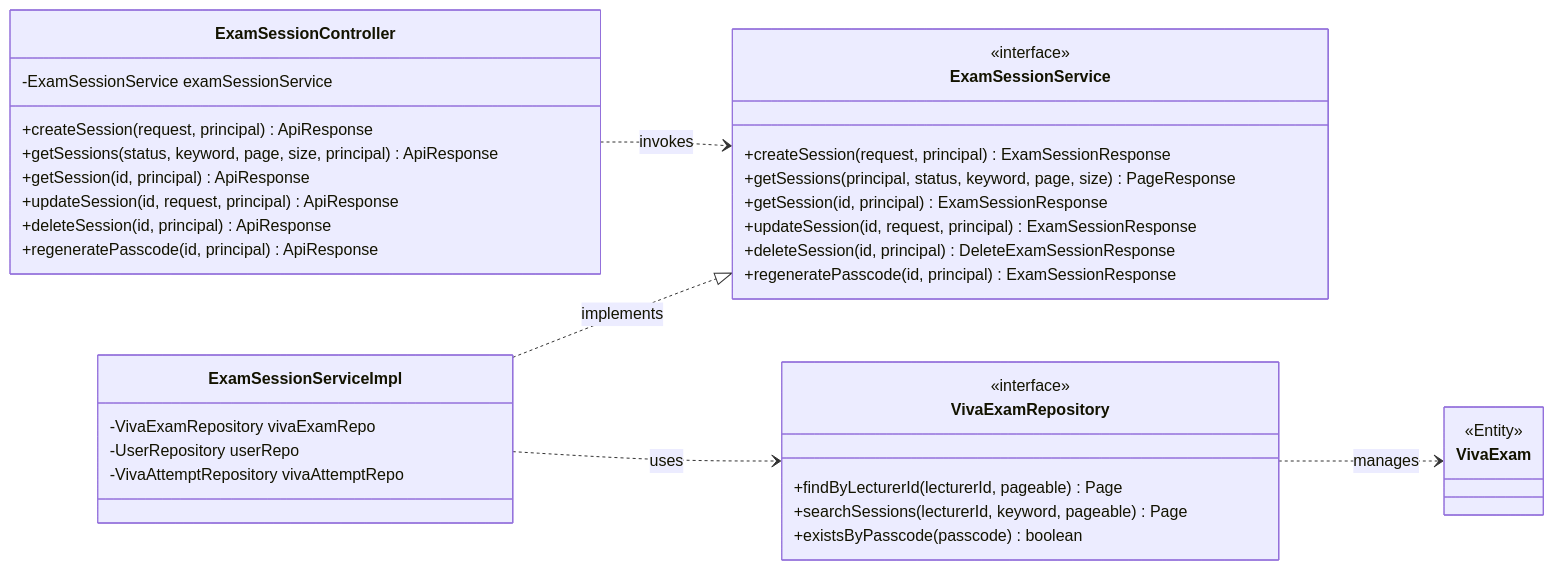
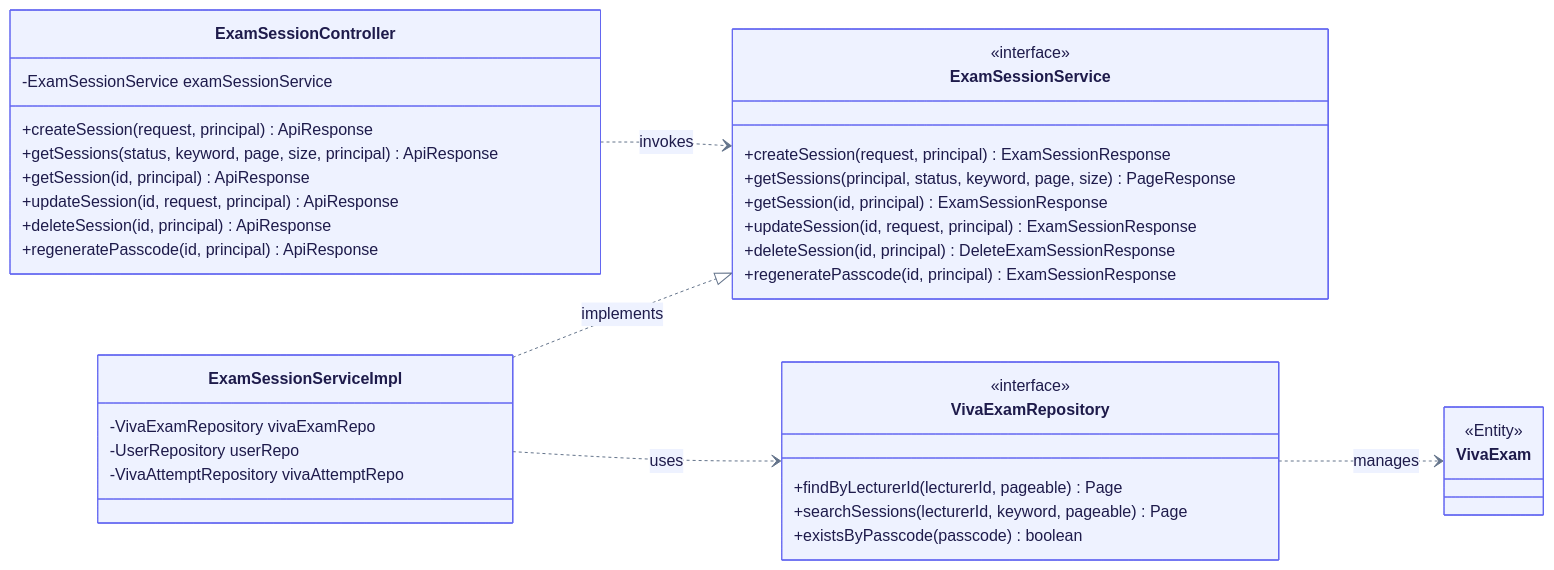
Before and after one commit to SWD392-Group-4/AI-powered-Viva-Exam-System: the second of 2 diagrams in document/06-class-diagram/README.md, drawn with Mermaid. The commit also changed other lines of this file and 9 other files, not shown here.

Commit message:
docs: add system design, architecture, ERDs, and class diagrams

````diff
--- a/document/06-class-diagram/README.md
+++ b/document/06-class-diagram/README.md
@@ -344,46 +354,56 @@
 ```mermaid
+%%{init: {
+  'theme': 'base',
+  'themeVariables': {
+    'primaryColor': '#EEF2FF',
+    'primaryTextColor': '#1E1B4B',
+    'primaryBorderColor': '#6366F1',
+    'lineColor': '#64748B',
+    'fontFamily': 'Inter, system-ui, -apple-system, sans-serif'
+  }
+}}%%
 classDiagram
     direction LR
 
     class ExamSessionController {
         -ExamSessionService examSessionService
         +createSession(request, principal) ApiResponse
         +getSessions(status, keyword, page, size, principal) ApiResponse
         +getSession(id, principal) ApiResponse
         +updateSession(id, request, principal) ApiResponse
         +deleteSession(id, principal) ApiResponse
         +regeneratePasscode(id, principal) ApiResponse
     }
 
     class ExamSessionService {
         <<interface>>
         +createSession(request, principal) ExamSessionResponse
         +getSessions(principal, status, keyword, page, size) PageResponse
         +getSession(id, principal) ExamSessionResponse
         +updateSession(id, request, principal) ExamSessionResponse
         +deleteSession(id, principal) DeleteExamSessionResponse
         +regeneratePasscode(id, principal) ExamSessionResponse
     }
 
     class ExamSessionServiceImpl {
         -VivaExamRepository vivaExamRepo
         -UserRepository userRepo
         -VivaAttemptRepository vivaAttemptRepo
     }
 
     class VivaExamRepository {
         <<interface>>
         +findByLecturerId(lecturerId, pageable) Page
         +searchSessions(lecturerId, keyword, pageable) Page
         +existsByPasscode(passcode) boolean
     }
 
     class VivaExam {
         <<Entity>>
     }
 
     ExamSessionController ..> ExamSessionService : invokes
     ExamSessionServiceImpl ..|> ExamSessionService : implements
     ExamSessionServiceImpl ..> VivaExamRepository : uses
     VivaExamRepository ..> VivaExam : manages
 ```
````
